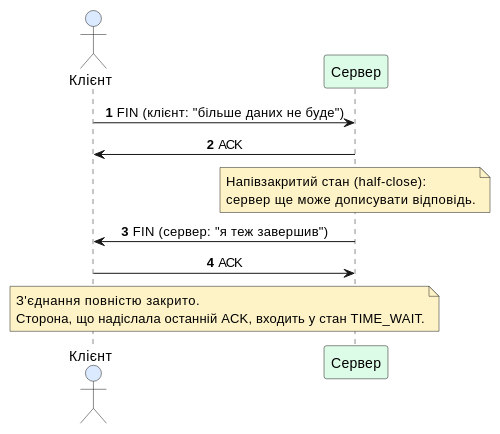
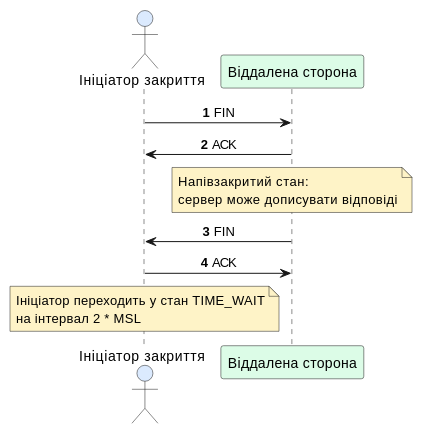
One commit to arakviel/kostyl.dev changed the second of 3 diagrams in content/17.client-server-architecture/04.tcp-socket-programming.md. Above: the diagram before and after it, drawn with PlantUML. The commit also changed other lines of this file and 5 other files, not shown here.

````diff
--- a/content/17.client-server-architecture/04.tcp-socket-programming.md
+++ b/content/17.client-server-architecture/04.tcp-socket-programming.md
@@ -233,25 +270,25 @@
 ```plantuml
 @startuml
 skinparam style plain
 autonumber
 skinparam backgroundColor #FFFFFF
 skinparam sequenceMessageAlign center
 
-actor "Клієнт" as Client #DBEAFE
-participant "Сервер" as Server #DCFCE7
+actor "Ініціатор закриття" as Client #DBEAFE
+participant "Віддалена сторона" as Server #DCFCE7
 
-Client -> Server : FIN (клієнт: "більше даних не буде")
+Client -> Server : FIN
 Server -> Client : ACK
 note over Server #FEF3C7
-  Напівзакритий стан (half-close):
-  сервер ще може дописувати відповідь.
+  Напівзакритий стан:
+  сервер може дописувати відповіді
 end note
-Server -> Client : FIN (сервер: "я теж завершив")
+Server -> Client : FIN
 Client -> Server : ACK
 
-note over Client, Server #FEF3C7
-  З'єднання повністю закрито.
-  Сторона, що надіслала останній ACK, входить у стан TIME_WAIT.
+note over Client #FEF3C7
+  Ініціатор переходить у стан TIME_WAIT
+  на інтервал 2 * MSL
 end note
 @enduml
 ```
````
